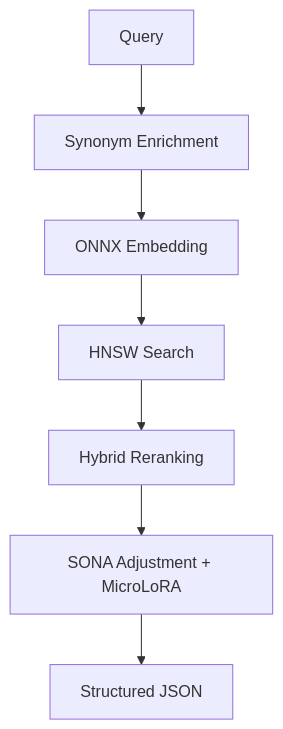
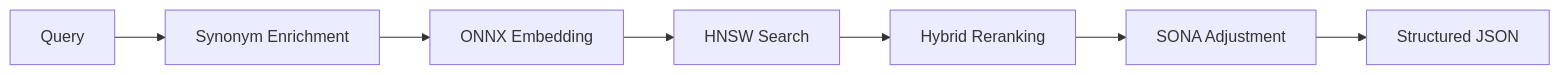
The third of 11 diagrams in README.md (krejcif/magector), drawn with Mermaid before and after one commit. The commit also changed other lines of this file and 3 other files, not shown here.

````diff
--- a/README.md
+++ b/README.md
@@ -109,9 +112,9 @@
 ```mermaid
-flowchart TD
-  Q[Query] --> E1[Synonym Enrichment]
-  E1 --> E2[ONNX Embedding]
-  E2 --> H[HNSW Search]
-  H --> R[Hybrid Reranking]
-  R --> SA[SONA Adjustment + MicroLoRA]
-  SA --> J[Structured JSON]
+flowchart LR
+  Q["Query"] --> E1["Synonym Enrichment"]
+  E1 --> E2["ONNX Embedding"]
+  E2 --> H["HNSW Search"]
+  H --> R["Hybrid Reranking"]
+  R --> SA["SONA Adjustment"]
+  SA --> J["Structured JSON"]
 ```
````
